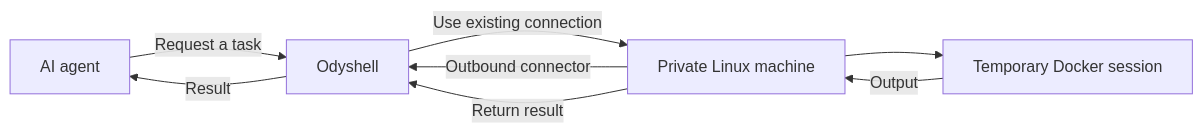
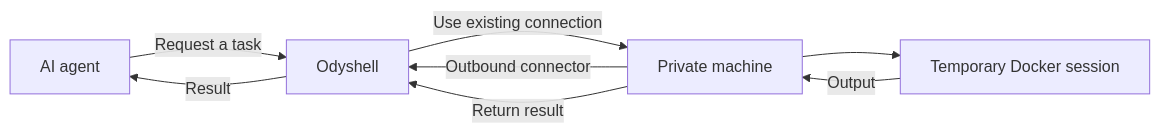
The diagram in README.md (kapeka0/Odyshell), drawn with Mermaid before and after one commit. The commit also changed other lines of this file and 21 other files, not shown here.

````diff
--- a/README.md
+++ b/README.md
@@ -17,10 +17,10 @@
 ```mermaid
 flowchart LR
     A["AI agent"] -->|"Request a task"| O["Odyshell"]
-    M["Private Linux machine"] -->|"Outbound connector"| O
+    M["Private machine"] -->|"Outbound connector"| O
     O -->|"Use existing connection"| M
     M --> D["Temporary Docker session"]
     D -->|"Output"| M
     M -->|"Return result"| O
     O -->|"Result"| A
 ```
````
